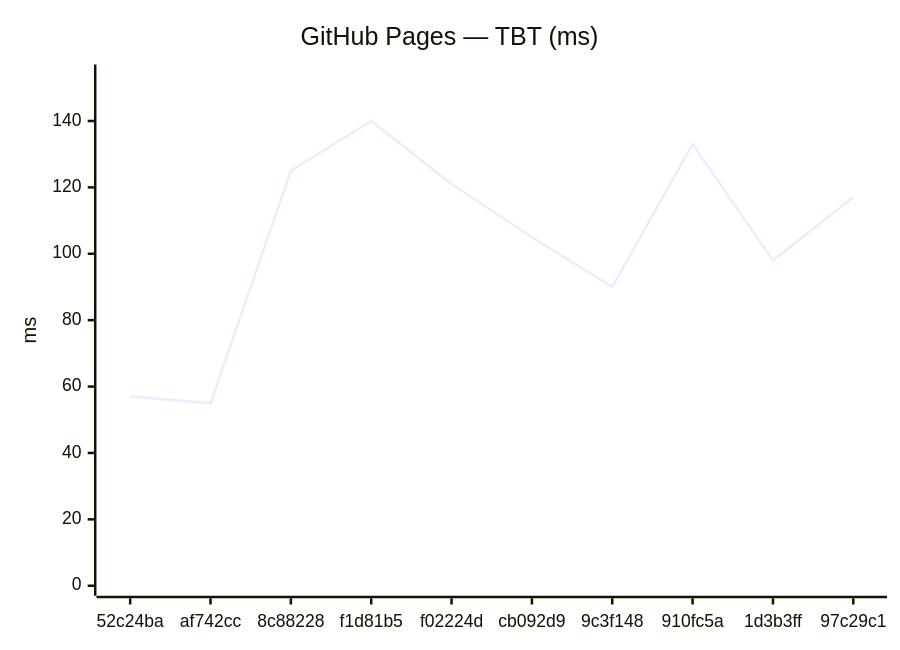
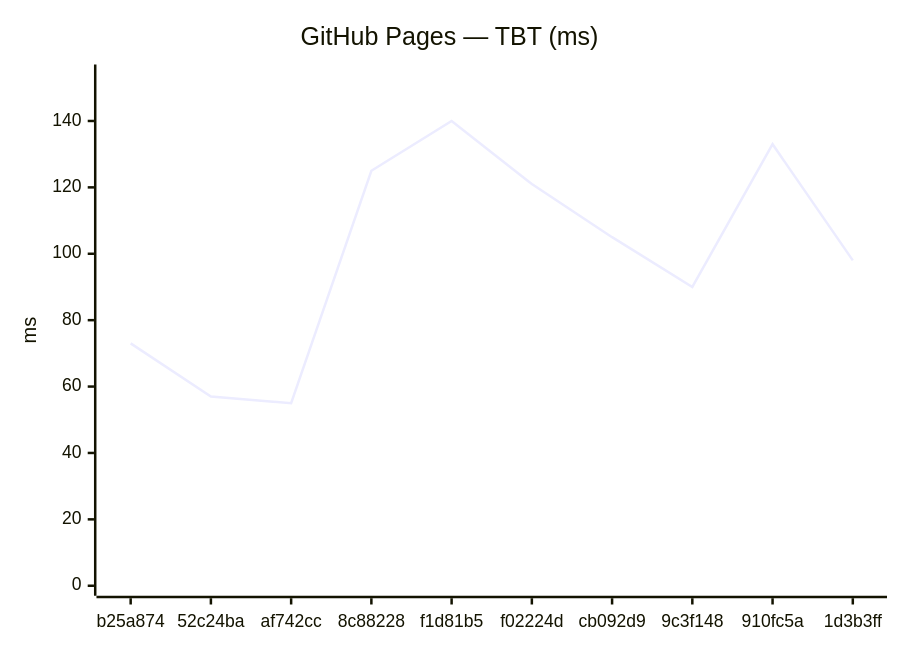
One commit to Metaheurist/Rianell changed the fourth of 18 diagrams in benchmarks/compare.md. Above: the diagram before and after it, drawn with Mermaid. The commit also changed other lines of this file and 11 other files, not shown here.

````diff
--- a/benchmarks/compare.md
+++ b/benchmarks/compare.md
@@ -61,7 +61,7 @@
 ```mermaid
 xychart-beta
     title "GitHub Pages — TBT (ms)"
-    x-axis ["52c24ba", "af742cc", "8c88228", "f1d81b5", "f02224d", "cb092d9", "9c3f148", "910fc5a", "1d3b3ff", "97c29c1"]
+    x-axis ["b25a874", "52c24ba", "af742cc", "8c88228", "f1d81b5", "f02224d", "cb092d9", "9c3f148", "910fc5a", "1d3b3ff"]
     y-axis "ms" 0 --> 154
-    line [57, 55, 125, 140, 121, 105, 90, 133, 98, 117]
+    line [73, 57, 55, 125, 140, 121, 105, 90, 133, 98]
 ```
````
